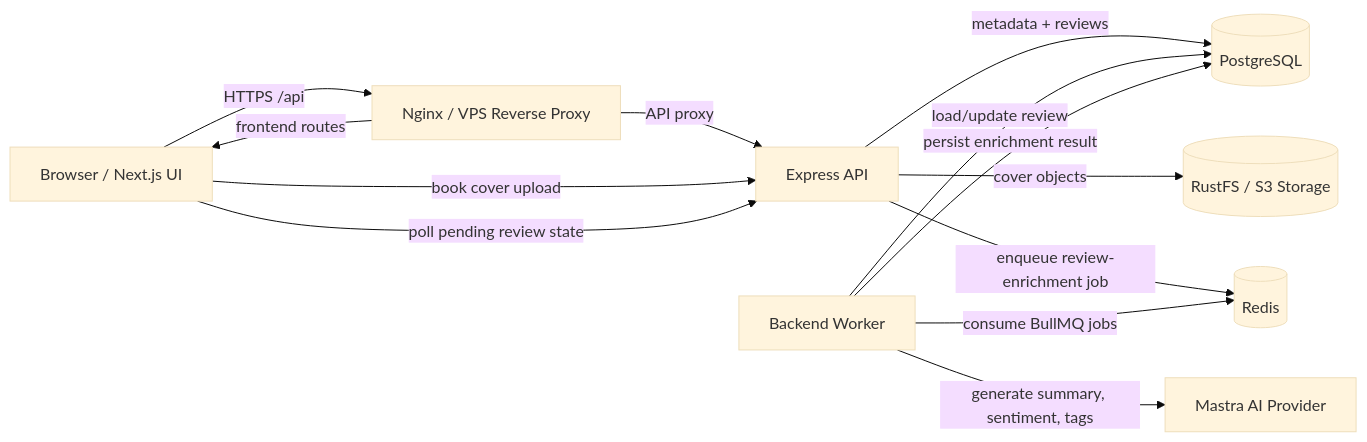
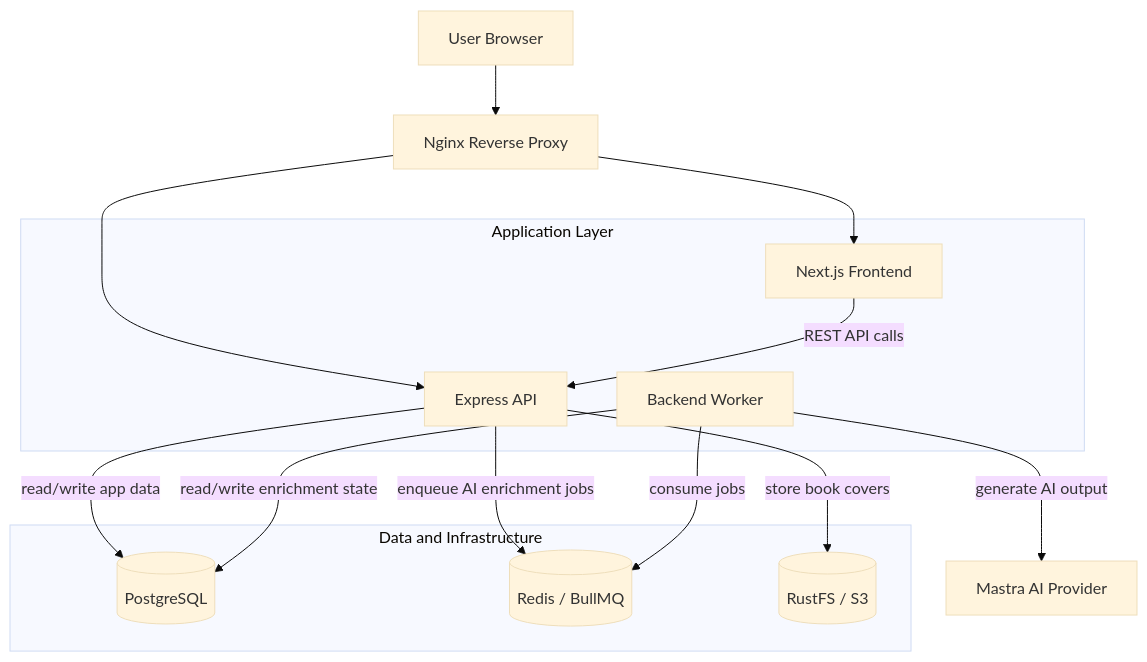
One commit to ainmutaqorrobin/book-review-platform changed the diagram in README.md. Above: the diagram before and after it, drawn with Mermaid (base theme).

Commit message:
docs: simplify architecture diagram

````diff
--- a/README.md
+++ b/README.md
@@ -18,27 +18,32 @@
 ```mermaid
-flowchart LR
-  Browser[Browser / Next.js UI]
-  API[Express API]
-  DB[(PostgreSQL)]
-  Redis[(Redis)]
-  Worker[Backend Worker]
+flowchart TB
+  User[User Browser]
+  Edge[Nginx Reverse Proxy]
+
+  subgraph App["Application Layer"]
+    Frontend[Next.js Frontend]
+    API[Express API]
+    Worker[Backend Worker]
+  end
+
+  subgraph Data["Data and Infrastructure"]
+    DB[(PostgreSQL)]
+    Redis[(Redis / BullMQ)]
+    Storage[(RustFS / S3)]
+  end
+
   AI[Mastra AI Provider]
-  S3[(RustFS / S3 Storage)]
-  Nginx[Nginx / VPS Reverse Proxy]
 
-  Browser -->|HTTPS /api| Nginx
-  Nginx -->|frontend routes| Browser
-  Nginx -->|API proxy| API
+  User --> Edge
+  Edge --> Frontend
+  Edge --> API
 
-  Browser -->|book cover upload| API
-  API -->|metadata + reviews| DB
-  API -->|cover objects| S3
-  API -->|enqueue review-enrichment job| Redis
+  Frontend -->|REST API calls| API
+  API -->|read/write app data| DB
+  API -->|store book covers| Storage
+  API -->|enqueue AI enrichment jobs| Redis
 
-  Worker -->|consume BullMQ jobs| Redis
-  Worker -->|load/update review| DB
-  Worker -->|generate summary, sentiment, tags| AI
-  Worker -->|persist enrichment result| DB
-
-  Browser -->|poll pending review state| API
+  Worker -->|consume jobs| Redis
+  Worker -->|read/write enrichment state| DB
+  Worker -->|generate AI output| AI
 ```
````
